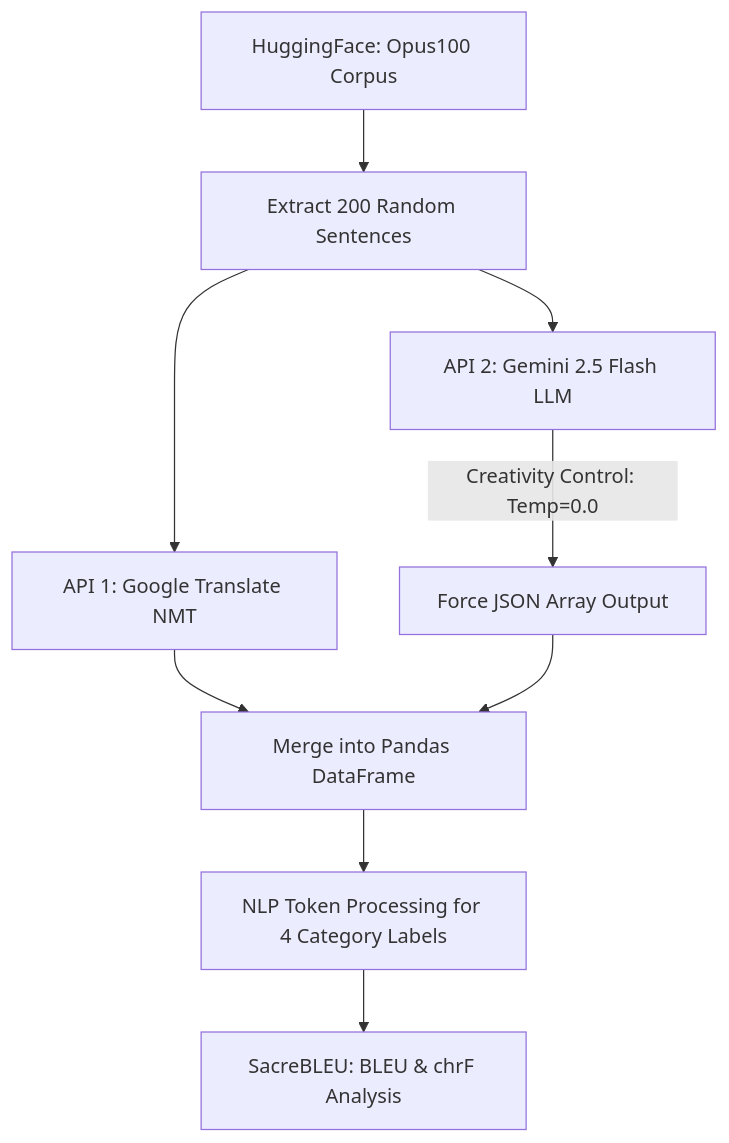
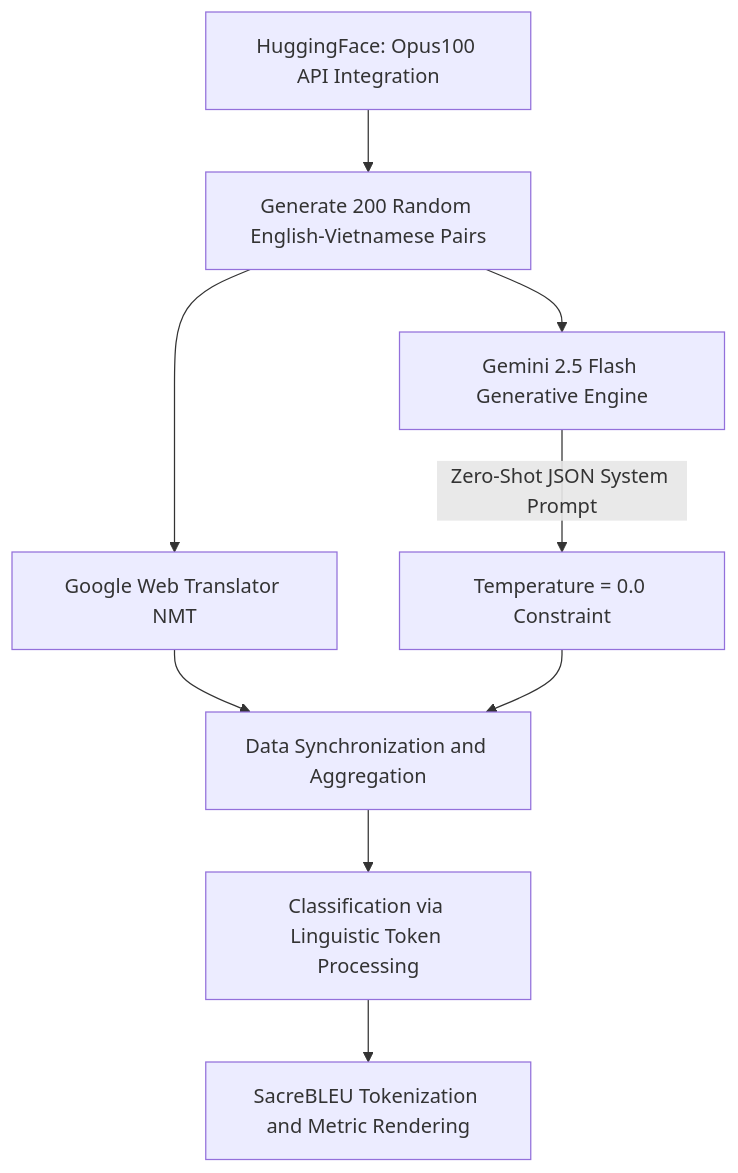
One commit to kieunhu729/comparative_analysis changed the diagram in README.md. Above: the diagram before and after it, drawn with Mermaid. The commit also changed other lines of this file, not shown here.

````diff
--- a/README.md
+++ b/README.md
@@ -52,11 +72,11 @@
 ```mermaid
 graph TD;
-    A[HuggingFace: Opus100 Corpus] --> B[Extract 200 Random Sentences]
-    B --> C[API 1: Google Translate NMT]
-    B --> D[API 2: Gemini 2.5 Flash LLM]
-    D -- Creativity Control: Temp=0.0 --> E[Force JSON Array Output]
-    C --> F[Merge into Pandas DataFrame]
+    A[HuggingFace: Opus100 API Integration] --> B[Generate 200 Random English-Vietnamese Pairs]
+    B --> C[Google Web Translator NMT]
+    B --> D[Gemini 2.5 Flash Generative Engine]
+    D -- "Zero-Shot JSON System Prompt" --> E[Temperature = 0.0 Constraint]
+    C --> F[Data Synchronization and Aggregation]
     E --> F
-    F --> G[NLP Token Processing for 4 Category Labels]
-    G --> H[SacreBLEU: BLEU & chrF Analysis]
+    F --> G[Classification via Linguistic Token Processing]
+    G --> H[SacreBLEU Tokenization and Metric Rendering]
 ```
````
